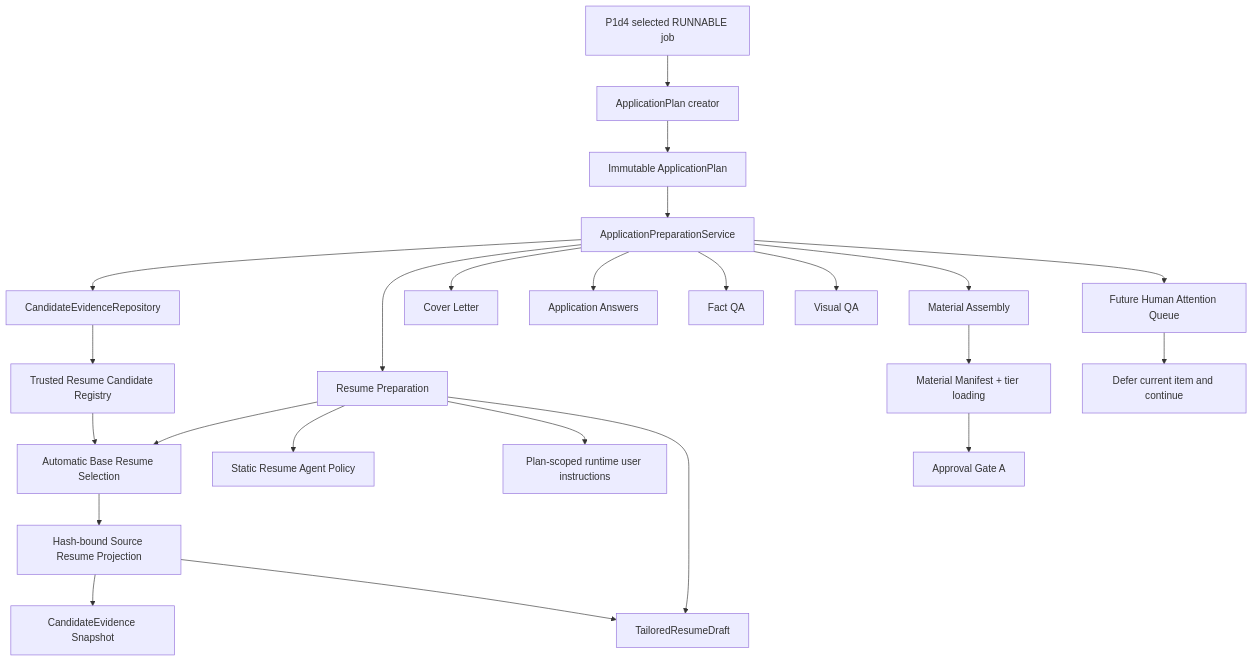
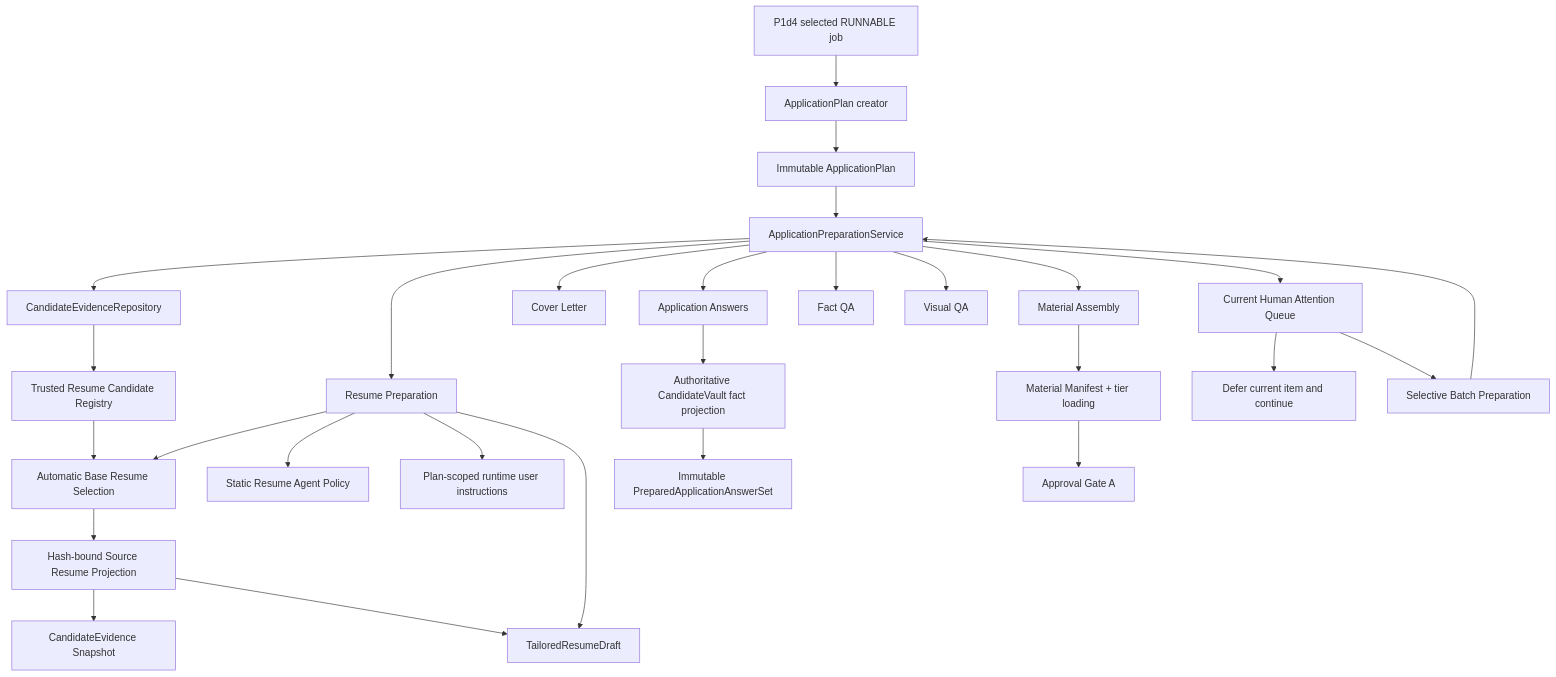
Before and after one commit to yuyao-wang/Jobops: the fourth of 7 diagrams in development_doc/ARCHITECTURE.md, drawn with Mermaid. The commit also changed other lines of this file and 56 other files, not shown here.

````diff
--- a/development_doc/ARCHITECTURE.md
+++ b/development_doc/ARCHITECTURE.md
@@ -473,26 +473,30 @@
 ```mermaid
 flowchart TB
     Q["P1d4 selected RUNNABLE job"] --> C["ApplicationPlan creator"]
     C --> I["Immutable ApplicationPlan"]
     I --> P["ApplicationPreparationService"]
     P --> E["CandidateEvidenceRepository"]
     E --> RC["Trusted Resume Candidate Registry"]
     P --> RP["Resume Preparation"]
     RC --> RS["Automatic Base Resume Selection"]
     RS --> SRP["Hash-bound Source Resume Projection"]
     SRP --> CE["CandidateEvidence Snapshot"]
     SRP --> TD
     RP --> RS
     RP --> SP["Static Resume Agent Policy"]
     RP --> UI["Plan-scoped runtime user instructions"]
     RP --> TD["TailoredResumeDraft"]
     P --> CL["Cover Letter"]
     P --> AN["Application Answers"]
+    AN --> AF["Authoritative CandidateVault fact projection"]
+    AF --> AS["Immutable PreparedApplicationAnswerSet"]
     P --> FQ["Fact QA"]
     P --> VQ["Visual QA"]
     P --> MA["Material Assembly"]
-    P --> HA["Future Human Attention Queue"]
+    P --> HA["Current Human Attention Queue"]
     HA --> DC["Defer current item and continue"]
+    HA --> SB["Selective Batch Preparation"]
+    SB --> P
     MA --> MM["Material Manifest + tier loading"]
     MM --> GA["Approval Gate A"]
 ```
````
